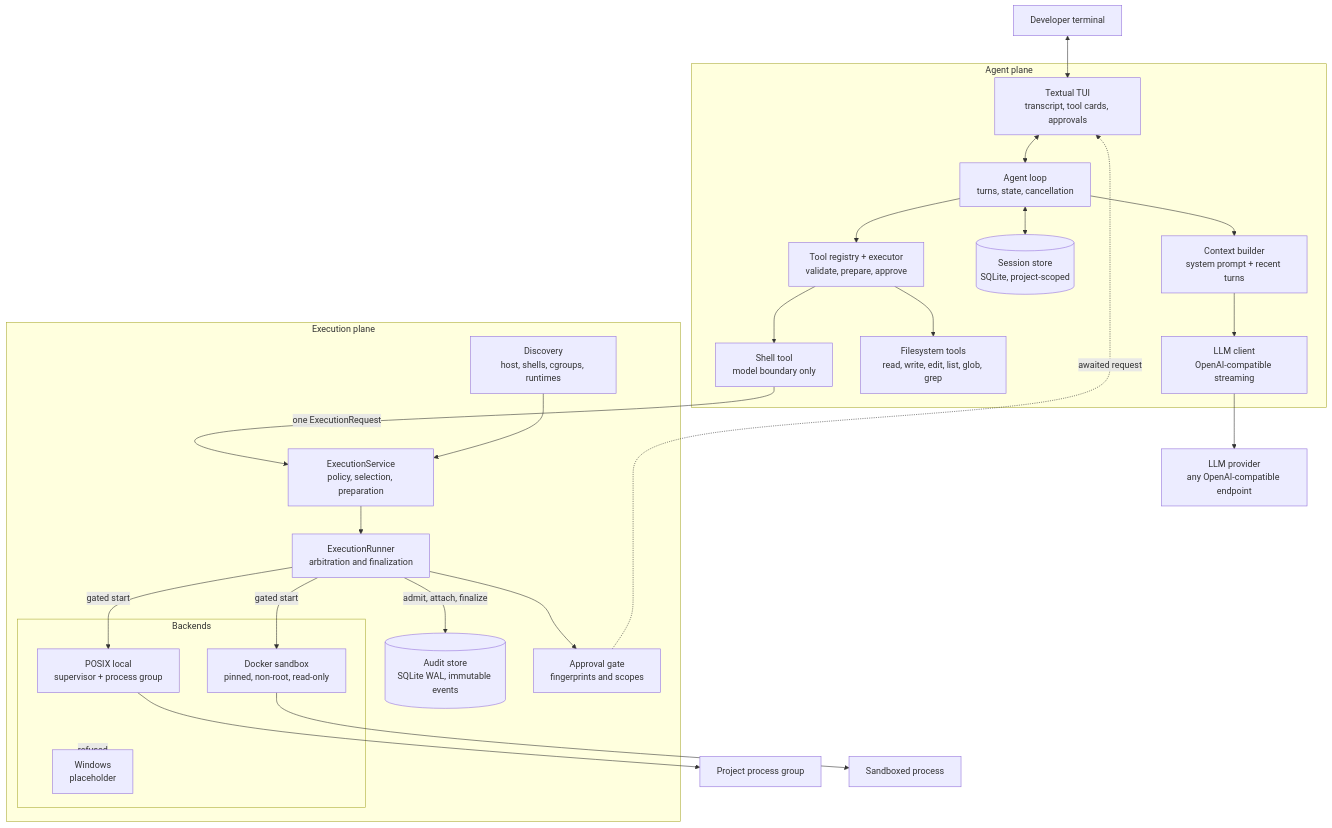
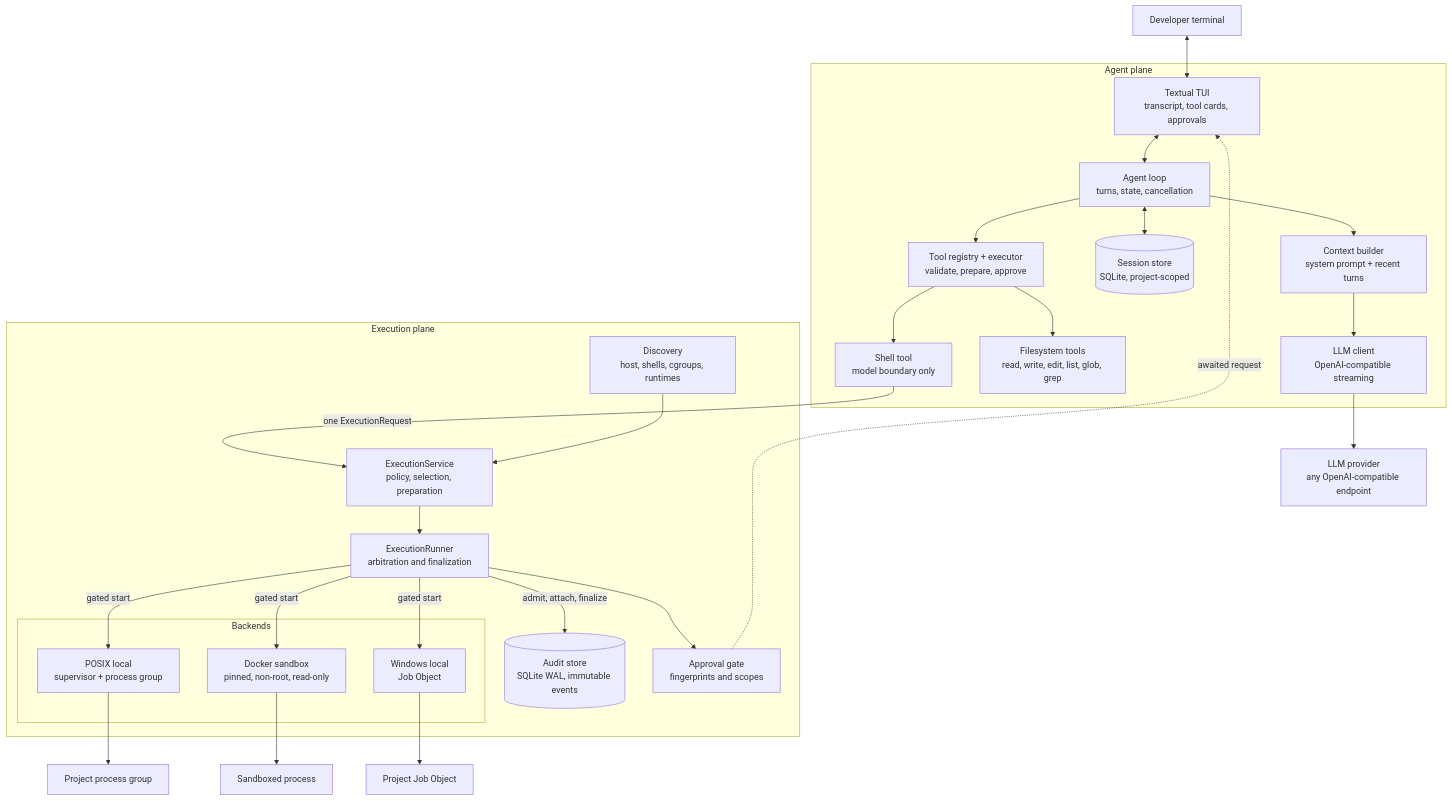
Before and after one commit to Shivam583-hue/TrueCoder: the diagram in README.md, drawn with Mermaid. The commit also changed other lines of this file, not shown here.

Commit message:
docs(README): updated macos and windows test info

````diff
--- a/README.md
+++ b/README.md
@@ -272,50 +274,51 @@
 ```mermaid
 flowchart TB
     User[Developer terminal]
 
     subgraph AgentPlane[Agent plane]
         TUI[Textual TUI<br/>transcript, tool cards, approvals]
         Agent[Agent loop<br/>turns, state, cancellation]
         Ctx[Context builder<br/>system prompt + recent turns]
         LLM[LLM client<br/>OpenAI-compatible streaming]
         Sessions[(Session store<br/>SQLite, project-scoped)]
         Tools[Tool registry + executor<br/>validate, prepare, approve]
         FS[Filesystem tools<br/>read, write, edit, list, glob, grep]
         Shell[Shell tool<br/>model boundary only]
     end
 
     subgraph ExecPlane[Execution plane]
         Service[ExecutionService<br/>policy, selection, preparation]
         Runner[ExecutionRunner<br/>arbitration and finalization]
         Audit[(Audit store<br/>SQLite WAL, immutable events)]
         Approval[Approval gate<br/>fingerprints and scopes]
         Discovery[Discovery<br/>host, shells, cgroups, runtimes]
 
         subgraph Backends[Backends]
             Posix[POSIX local<br/>supervisor + process group]
             Container[Docker sandbox<br/>pinned, non-root, read-only]
-            Win[Windows<br/>placeholder]
+            Win[Windows local<br/>Job Object]
         end
     end
 
     Provider[LLM provider<br/>any OpenAI-compatible endpoint]
 
     User <--> TUI
     TUI <--> Agent
     Agent --> Ctx --> LLM --> Provider
     Agent <--> Sessions
     Agent --> Tools
     Tools --> FS
     Tools --> Shell
     Shell -->|one ExecutionRequest| Service
     Discovery --> Service
     Service --> Runner
     Runner -->|admit, attach, finalize| Audit
     Runner --> Approval
     Approval -.->|awaited request| TUI
     Runner -->|gated start| Posix
     Runner -->|gated start| Container
-    Backends -.->|refused| Win
+    Runner -->|gated start| Win
     Posix --> Project[Project process group]
     Container --> Sandboxed[Sandboxed process]
+    Win --> WindowsTree[Project Job Object]
 ```
````
